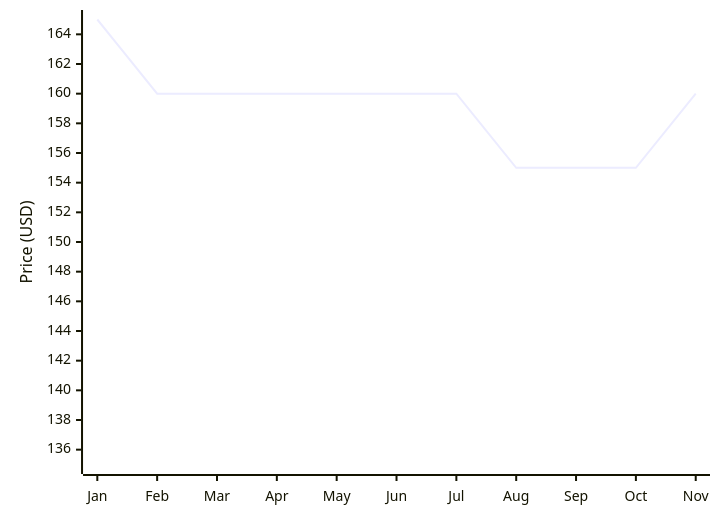
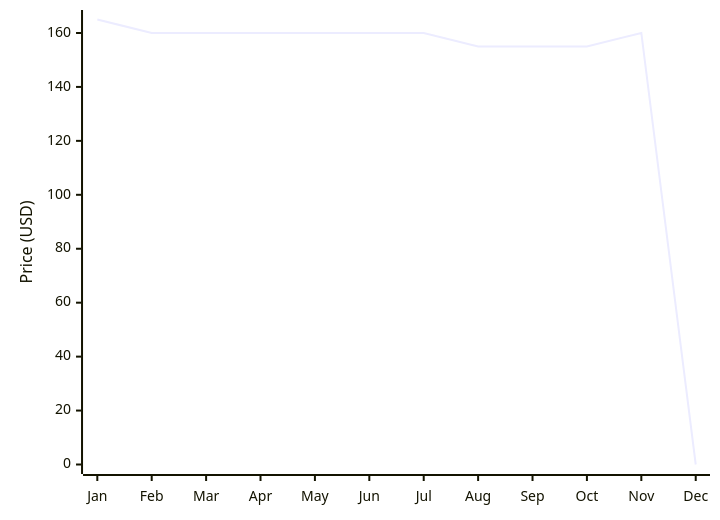
The fourth of 6 diagrams in docs/discord/group-buys.md (up-n-atom/8311), drawn with Mermaid before and after one commit. The commit also changed other lines of this file, not shown here.

````diff
--- a/docs/discord/group-buys.md
+++ b/docs/discord/group-buys.md
@@ -32,6 +48,6 @@
 ``` mermaid
 xychart-beta
-    x-axis [Jan, Feb, Mar, Apr, May, Jun, Jul, Aug, Sep, Oct, Nov]
-    y-axis "Price (USD)" 135 --> 165
-    line [165, 160, 160, 160, 160, 160, 160, 155, 155, 155, 160]
+    x-axis [Jan, Feb, Mar, Apr, May, Jun, Jul, Aug, Sep, Oct, Nov, Dec]
+    y-axis "Price (USD)" 0 --> 165
+    line [165, 160, 160, 160, 160, 160, 160, 155, 155, 155, 160, 0]
 ```
````
